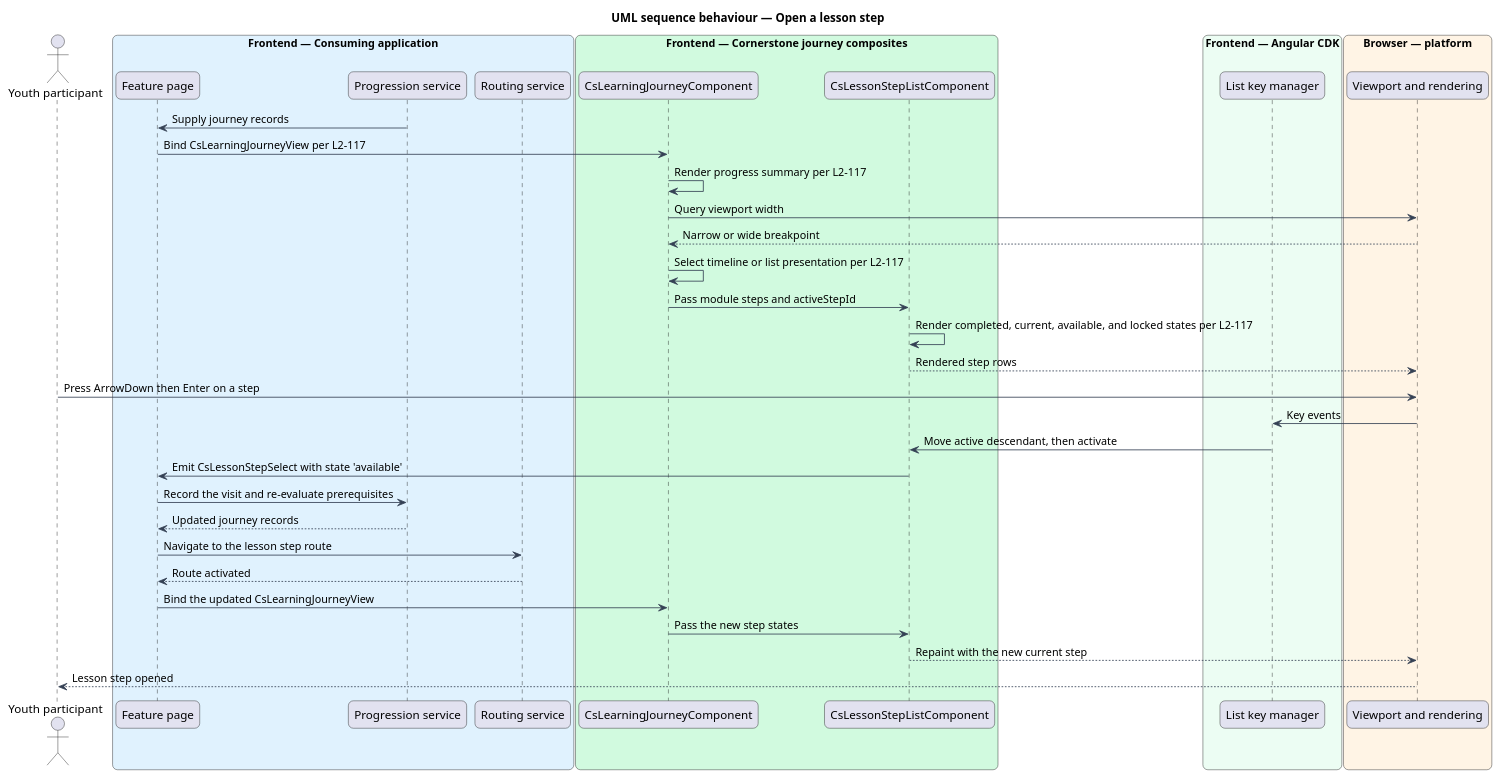
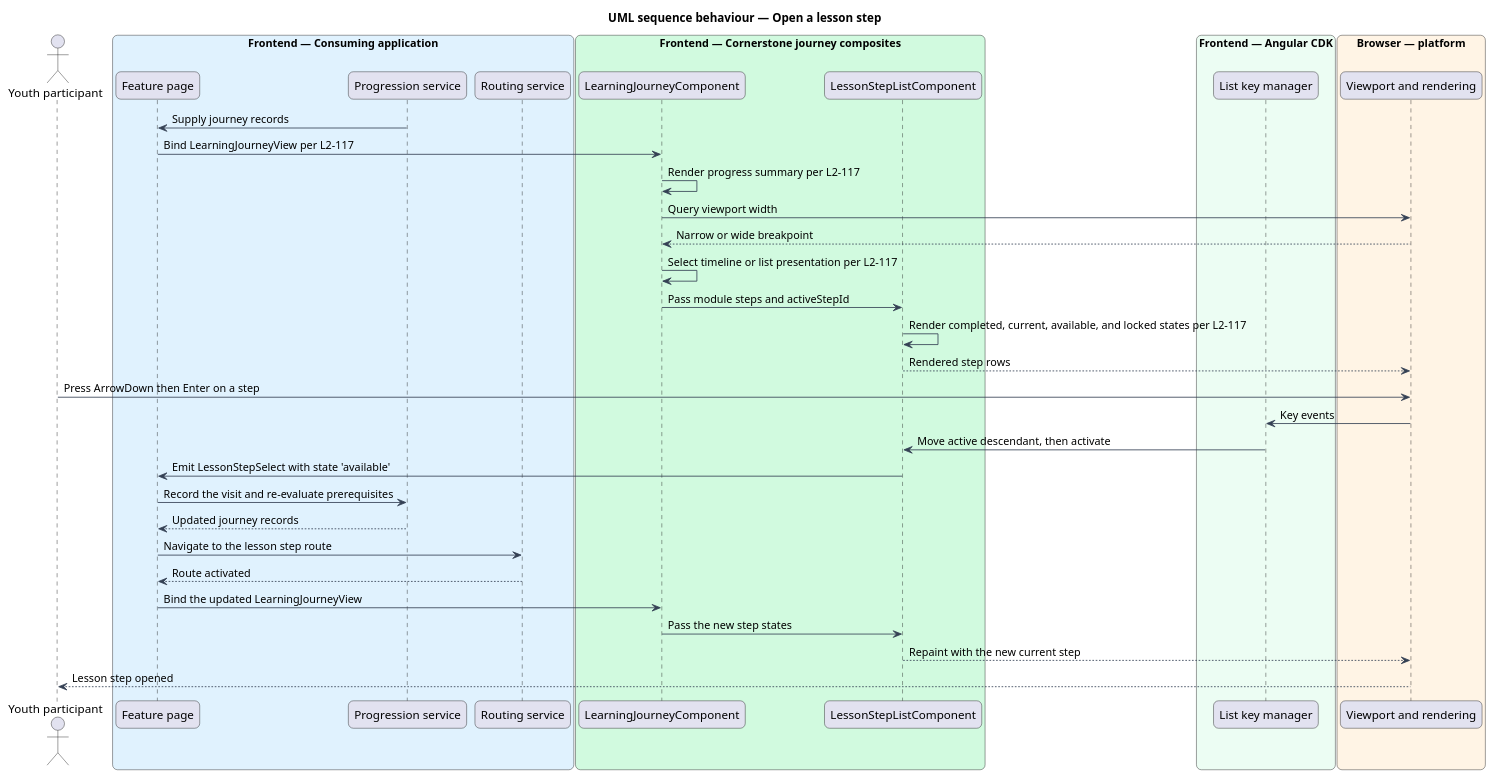
One commit to QuinntyneBrown/Cornerstone changed the diagram in docs/detailed-designs/workflows/follow-a-learning-journey/diagrams/sequence-open-lesson-step.puml. Above: the diagram before and after it, drawn with PlantUML. The commit also changed 1743 other files, not shown here.

```diff
--- a/docs/detailed-designs/workflows/follow-a-learning-journey/diagrams/sequence-open-lesson-step.puml
+++ b/docs/detailed-designs/workflows/follow-a-learning-journey/diagrams/sequence-open-lesson-step.puml
@@ -1,56 +1,56 @@
 @startuml
 title UML sequence behaviour — Open a lesson step
 skinparam backgroundColor #FFFFFF
 skinparam shadowing false
 skinparam roundcorner 12
 skinparam defaultFontName Arial
 skinparam ArrowColor #344054
 skinparam rectangle {
   BorderColor #344054
   FontColor #101828
 }
 skinparam package {
   BorderColor #667085
   FontColor #101828
   BackgroundColor #F9FAFB
 }
 actor "Youth participant" as youth
 box "Frontend — Consuming application" #E0F2FE
   participant "Feature page" as page
   participant "Progression service" as progression
   participant "Routing service" as router
 end box
 box "Frontend — Cornerstone journey composites" #D1FADF
-  participant "CsLearningJourneyComponent" as journey
-  participant "CsLessonStepListComponent" as steplist
+  participant "LearningJourneyComponent" as journey
+  participant "LessonStepListComponent" as steplist
 end box
 box "Frontend — Angular CDK" #ECFDF3
   participant "List key manager" as keys
 end box
 box "Browser — platform" #FFF4E5
   participant "Viewport and rendering" as browser
 end box
 
 progression -> page : Supply journey records
-page -> journey : Bind CsLearningJourneyView per L2-117
+page -> journey : Bind LearningJourneyView per L2-117
 journey -> journey : Render progress summary per L2-117
 journey -> browser : Query viewport width
 browser --> journey : Narrow or wide breakpoint
 journey -> journey : Select timeline or list presentation per L2-117
 journey -> steplist : Pass module steps and activeStepId
 steplist -> steplist : Render completed, current, available, and locked states per L2-117
 steplist --> browser : Rendered step rows
 
 youth -> browser : Press ArrowDown then Enter on a step
 browser -> keys : Key events
 keys -> steplist : Move active descendant, then activate
-steplist -> page : Emit CsLessonStepSelect with state 'available'
+steplist -> page : Emit LessonStepSelect with state 'available'
 page -> progression : Record the visit and re-evaluate prerequisites
 progression --> page : Updated journey records
 page -> router : Navigate to the lesson step route
 router --> page : Route activated
-page -> journey : Bind the updated CsLearningJourneyView
+page -> journey : Bind the updated LearningJourneyView
 journey -> steplist : Pass the new step states
 steplist --> browser : Repaint with the new current step
 browser --> youth : Lesson step opened
 @enduml
```
